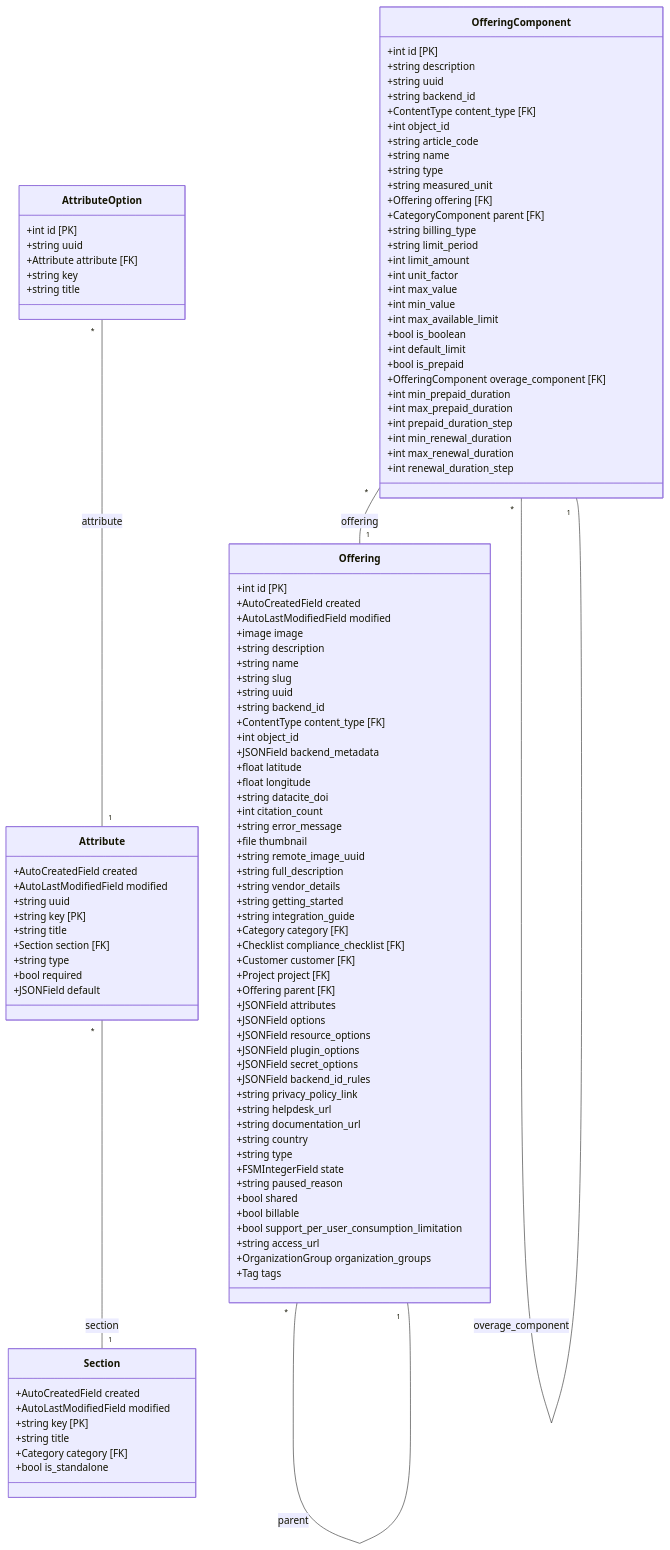
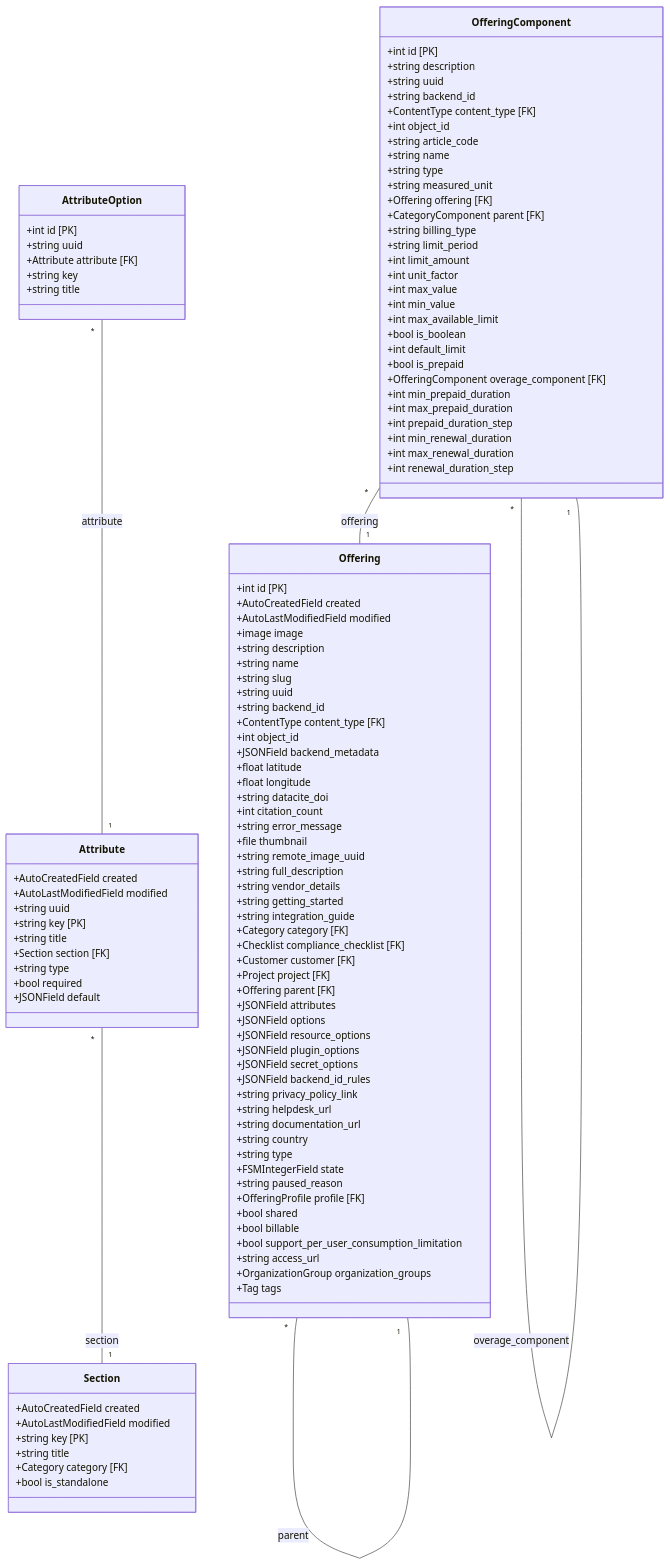
The diagram in docs/marketplace_catalog.mmd (waldur/waldur-mastermind), drawn with Mermaid before and after one commit. The commit also changed 3 other files, not shown here.

```diff
--- a/docs/marketplace_catalog.mmd
+++ b/docs/marketplace_catalog.mmd
@@ -1,113 +1,114 @@
 classDiagram
     direction TB
     class Section {
         +AutoCreatedField created
         +AutoLastModifiedField modified
         +string key [PK]
         +string title
         +Category category [FK]
         +bool is_standalone
     }
     class Attribute {
         +AutoCreatedField created
         +AutoLastModifiedField modified
         +string uuid
         +string key [PK]
         +string title
         +Section section [FK]
         +string type
         +bool required
         +JSONField default
     }
     class AttributeOption {
         +int id [PK]
         +string uuid
         +Attribute attribute [FK]
         +string key
         +string title
     }
     class Offering {
         +int id [PK]
         +AutoCreatedField created
         +AutoLastModifiedField modified
         +image image
         +string description
         +string name
         +string slug
         +string uuid
         +string backend_id
         +ContentType content_type [FK]
         +int object_id
         +JSONField backend_metadata
         +float latitude
         +float longitude
         +string datacite_doi
         +int citation_count
         +string error_message
         +file thumbnail
         +string remote_image_uuid
         +string full_description
         +string vendor_details
         +string getting_started
         +string integration_guide
         +Category category [FK]
         +Checklist compliance_checklist [FK]
         +Customer customer [FK]
         +Project project [FK]
         +Offering parent [FK]
         +JSONField attributes
         +JSONField options
         +JSONField resource_options
         +JSONField plugin_options
         +JSONField secret_options
         +JSONField backend_id_rules
         +string privacy_policy_link
         +string helpdesk_url
         +string documentation_url
         +string country
         +string type
         +FSMIntegerField state
         +string paused_reason
+        +OfferingProfile profile [FK]
         +bool shared
         +bool billable
         +bool support_per_user_consumption_limitation
         +string access_url
         +OrganizationGroup organization_groups
         +Tag tags
     }
     class OfferingComponent {
         +int id [PK]
         +string description
         +string uuid
         +string backend_id
         +ContentType content_type [FK]
         +int object_id
         +string article_code
         +string name
         +string type
         +string measured_unit
         +Offering offering [FK]
         +CategoryComponent parent [FK]
         +string billing_type
         +string limit_period
         +int limit_amount
         +int unit_factor
         +int max_value
         +int min_value
         +int max_available_limit
         +bool is_boolean
         +int default_limit
         +bool is_prepaid
         +OfferingComponent overage_component [FK]
         +int min_prepaid_duration
         +int max_prepaid_duration
         +int prepaid_duration_step
         +int min_renewal_duration
         +int max_renewal_duration
         +int renewal_duration_step
     }
     Attribute "*" -- "1" Section : section
     AttributeOption "*" -- "1" Attribute : attribute
     Offering "*" -- "1" Offering : parent
     OfferingComponent "*" -- "1" Offering : offering
     OfferingComponent "*" -- "1" OfferingComponent : overage_component
```
